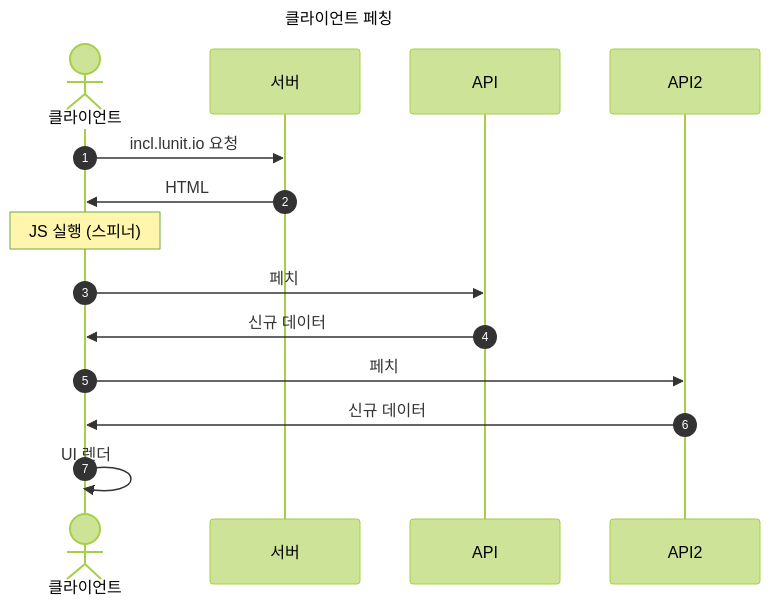
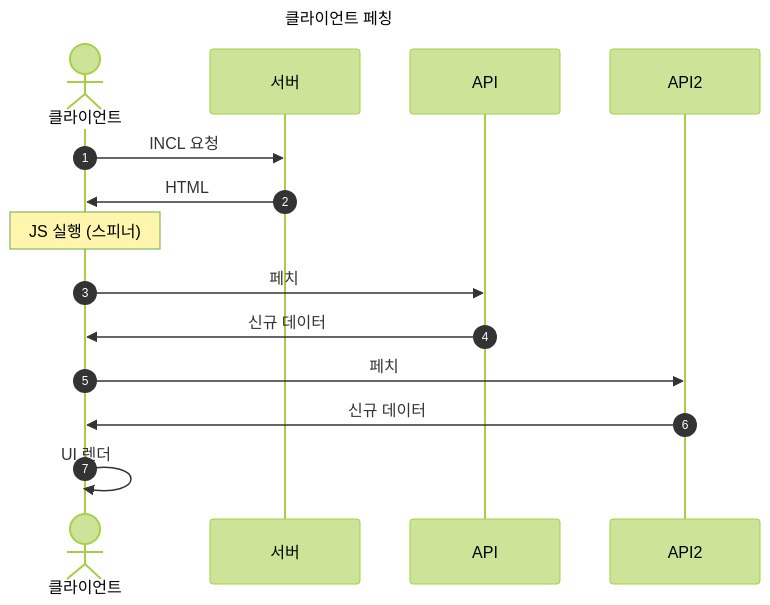
The first of 3 diagrams in posts/2025-06-04-incl-rebuild/ko.md (anaclumos/extracranial), drawn with Mermaid (forest theme) before and after one commit. The commit also changed other lines of this file and 2 other files, not shown here.

````diff
--- a/posts/2025-06-04-incl-rebuild/ko.md
+++ b/posts/2025-06-04-incl-rebuild/ko.md
@@ -72,18 +71,18 @@
 ```mermaid
 sequenceDiagram
     title 클라이언트 페칭
     autonumber
     actor 클라이언트
     participant 서버
     participant API
     participant API2
 
-    클라이언트->>서버: incl.lunit.io 요청
+    클라이언트->>서버: INCL 요청
     서버->>클라이언트: HTML
     Note over 클라이언트: JS 실행 (스피너)
     클라이언트->>API: 페치
     API->>클라이언트: 신규 데이터
     클라이언트->>API2: 페치
     API2->>클라이언트: 신규 데이터
     클라이언트->>클라이언트: UI 렌더
 ```
````
